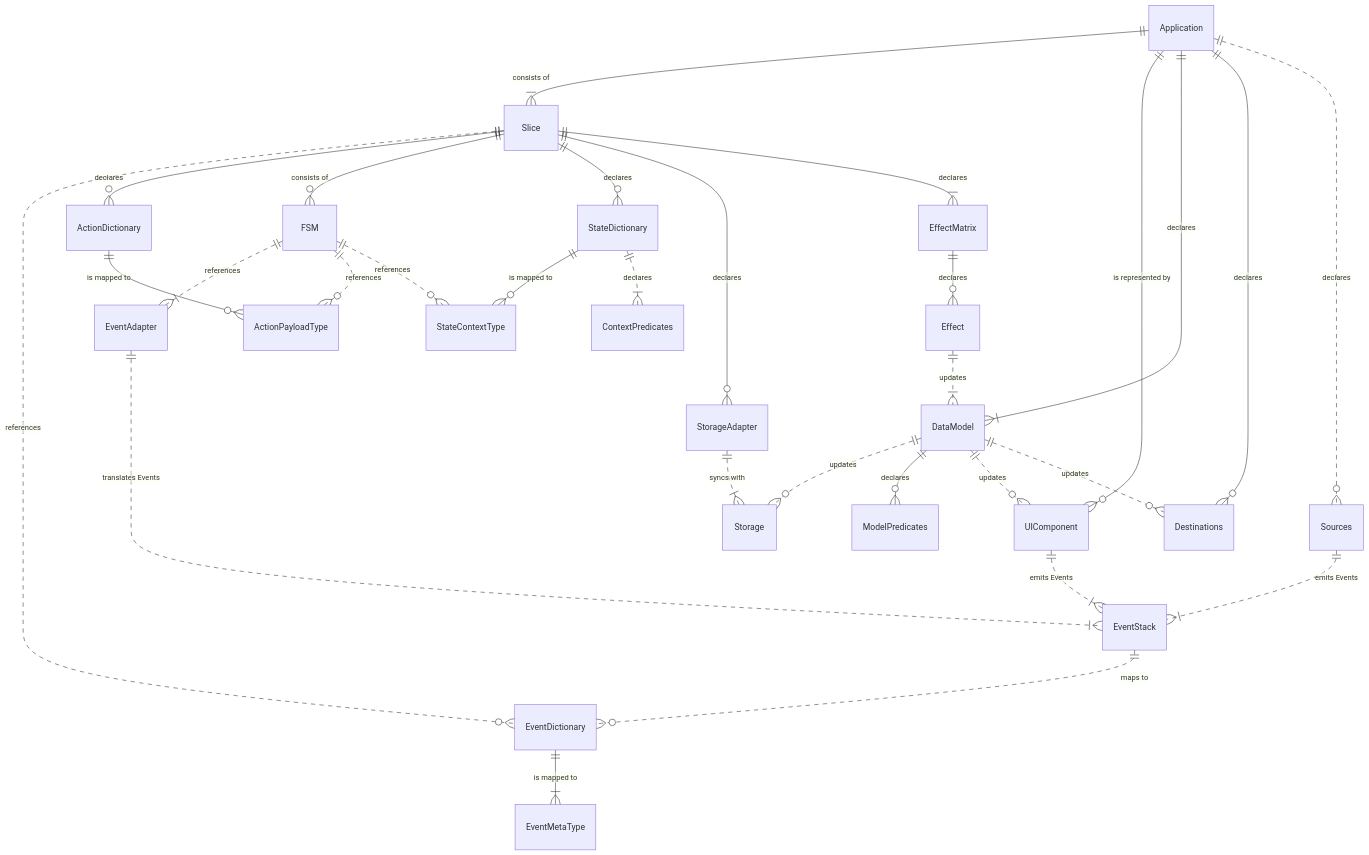
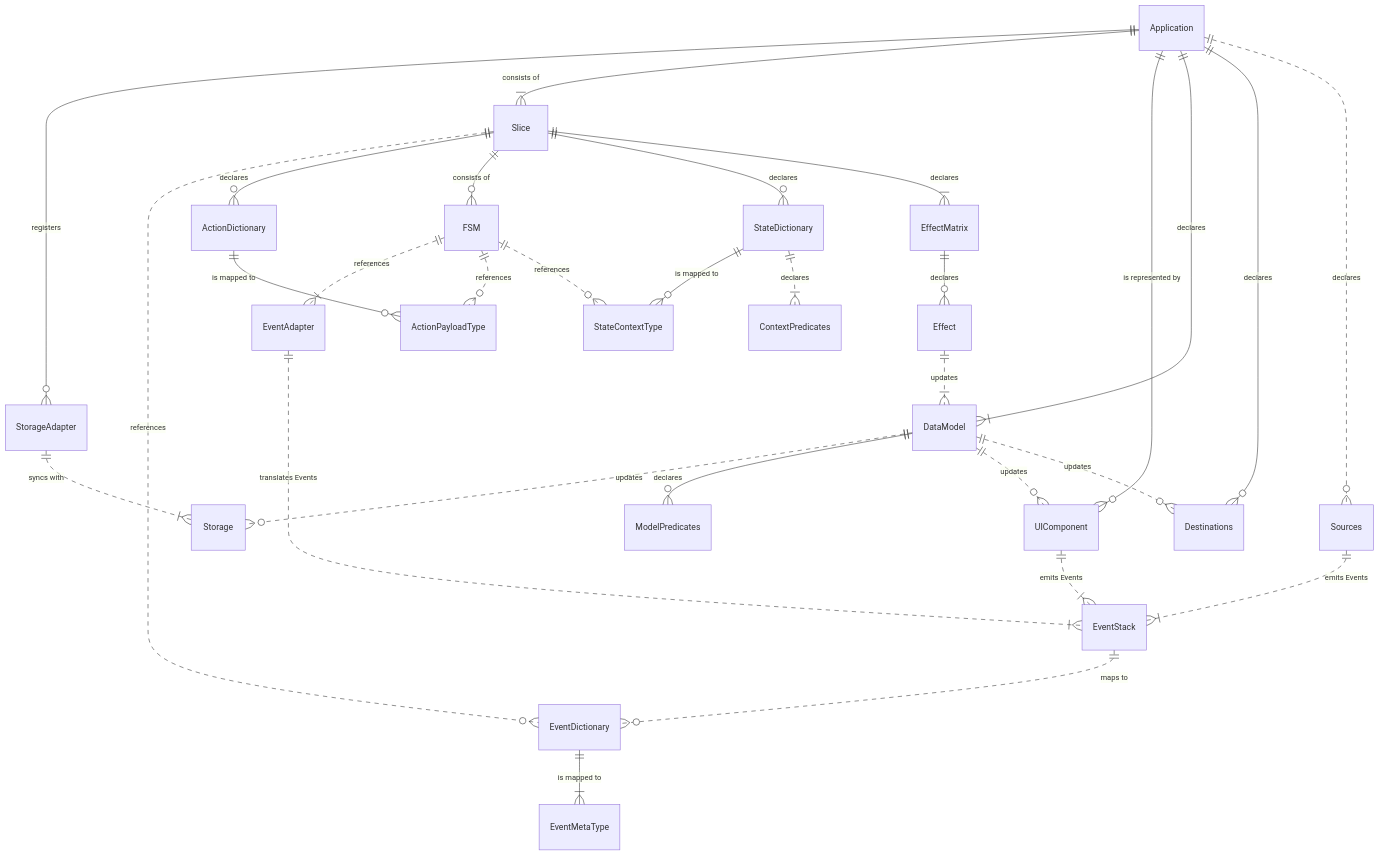
One commit to tfcp68/yantrix changed the diagram in docs/concepts/100_architecture.md. Above: the diagram before and after it, drawn with Mermaid. The commit also changed other lines of this file and 24 other files, not shown here.

````diff
--- a/docs/concepts/100_architecture.md
+++ b/docs/concepts/100_architecture.md
@@ -156,32 +158,32 @@
 ```mermaid
 erDiagram
 	DataModel ||..o{ Storage: "updates"
 	DataModel ||--o{ ModelPredicates: declares
 	DataModel ||..o{ UIComponent: "updates"
 	UIComponent ||..|{ EventStack: "emits Events"
 	EventDictionary ||--|{ EventMetaType: "is mapped to"
 	EventStack ||..o{ EventDictionary: "maps to"
 	FSM ||..|{ EventAdapter: references
 	FSM ||..o{ ActionPayloadType: references
 	FSM ||..o{ StateContextType: references
 	StorageAdapter ||..|{ Storage: "syncs with"
 	Slice ||..o{ EventDictionary: references
 	Slice ||--o{ ActionDictionary: declares
 	Slice ||--o{ FSM: "consists of"
 	Slice ||--o{ StateDictionary: declares
-	Slice ||--o{ StorageAdapter: declares
+	Application ||--o{ StorageAdapter: registers
 	Slice ||--|{ EffectMatrix: declares
 	StateDictionary ||--o{ StateContextType: "is mapped to"
 	StateDictionary ||..|{ ContextPredicates: "declares"
 	ActionDictionary ||--o{ ActionPayloadType: "is mapped to"
 	Effect ||..|{ DataModel: updates
 	EffectMatrix ||--o{ Effect: declares
 	Application ||--|{ Slice: "consists of"
 	Application ||--o{ UIComponent: "is represented by"
 	Application ||--|{ DataModel: declares
 	DataModel ||..o{ Destinations: updates
 	Application ||--o{ Destinations: declares
 	EventAdapter ||..|{ EventStack: "translates Events"
 	Sources ||..|{ EventStack: "emits Events"
 	Application ||..o{ Sources: "declares"
 ```
````
